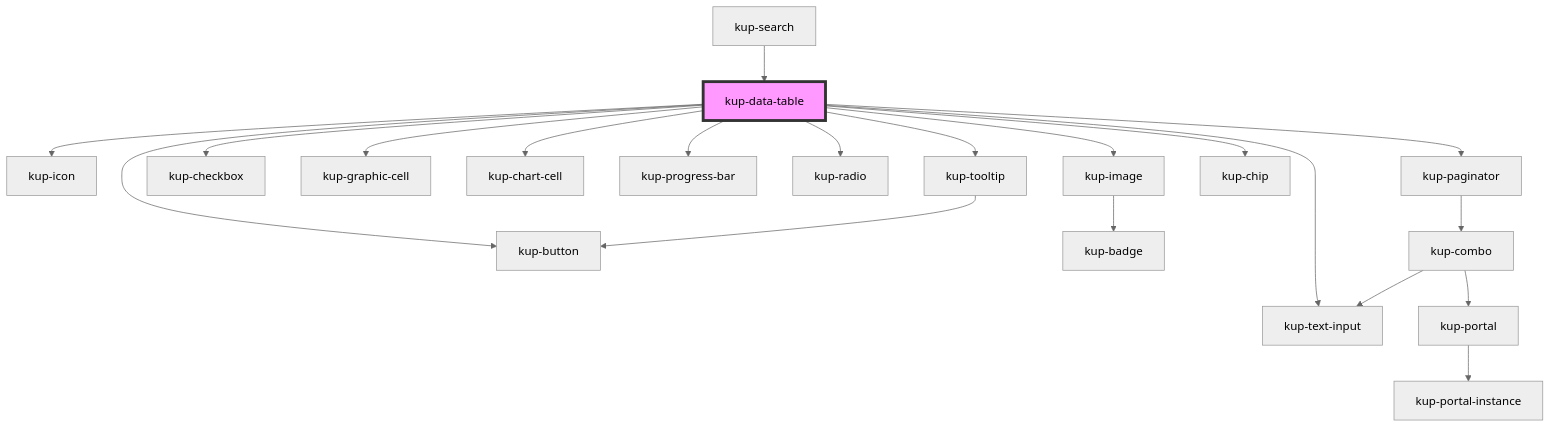
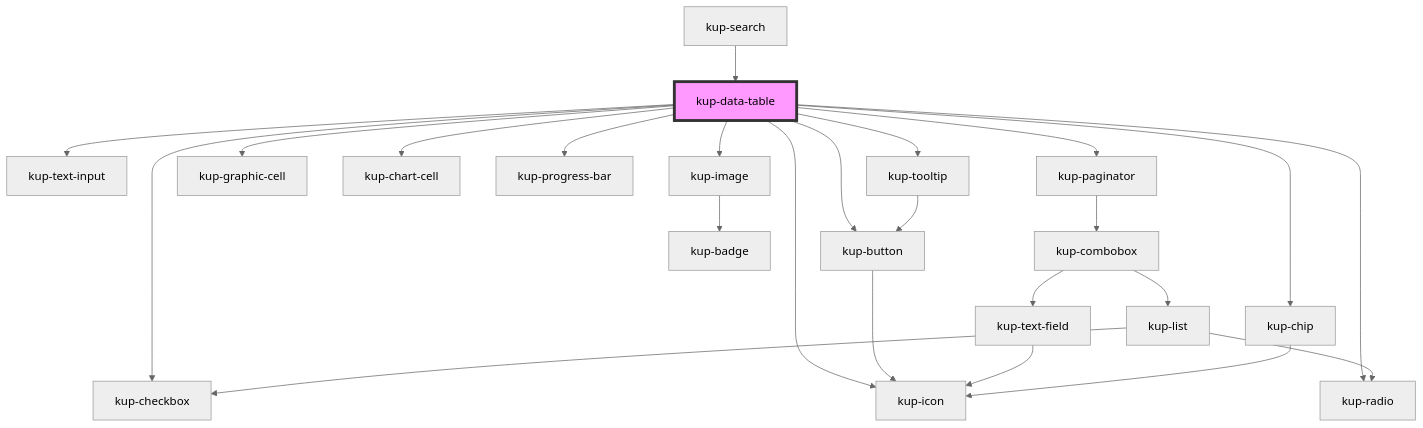
Before and after one commit to smeup/ketchup: the diagram in packages/ketchup/src/components/kup-data-table/readme.md, drawn with Mermaid (neutral theme). The commit also changed 60 other files, not shown here.

Commit message:
wup icon > kup icon. Fixes to showcase. Regen of readme files.

````diff
--- a/packages/ketchup/src/components/kup-data-table/readme.md
+++ b/packages/ketchup/src/components/kup-data-table/readme.md
@@ -158,23 +158,27 @@
 ```mermaid
 graph TD;
+  kup-data-table --> kup-checkbox
   kup-data-table --> kup-text-input
   kup-data-table --> kup-icon
   kup-data-table --> kup-image
-  kup-data-table --> kup-checkbox
   kup-data-table --> kup-button
   kup-data-table --> kup-graphic-cell
   kup-data-table --> kup-chart-cell
   kup-data-table --> kup-progress-bar
   kup-data-table --> kup-radio
   kup-data-table --> kup-tooltip
   kup-data-table --> kup-paginator
   kup-data-table --> kup-chip
   kup-image --> kup-badge
+  kup-button --> kup-icon
   kup-tooltip --> kup-button
-  kup-paginator --> kup-combo
-  kup-combo --> kup-text-input
-  kup-combo --> kup-portal
-  kup-portal --> kup-portal-instance
+  kup-paginator --> kup-combobox
+  kup-combobox --> kup-text-field
+  kup-combobox --> kup-list
+  kup-text-field --> kup-icon
+  kup-list --> kup-radio
+  kup-list --> kup-checkbox
+  kup-chip --> kup-icon
   kup-search --> kup-data-table
   style kup-data-table fill:#f9f,stroke:#333,stroke-width:4px
 ```
````
